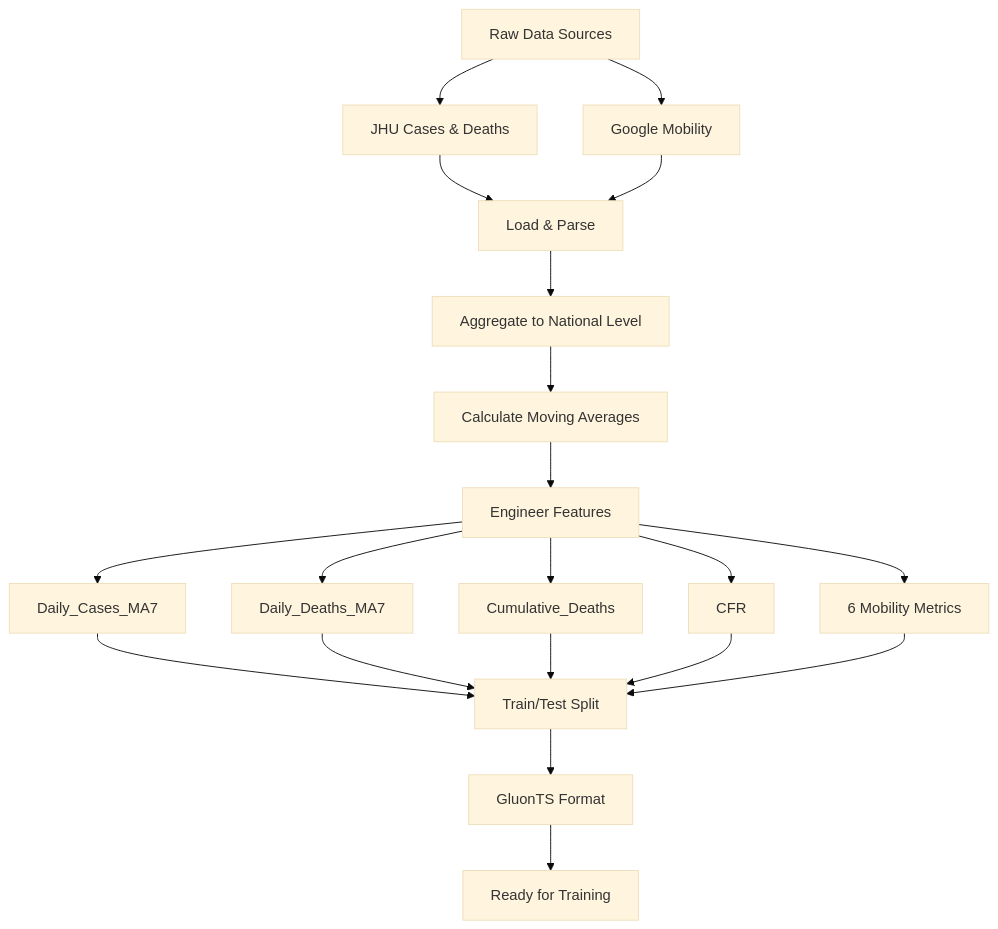
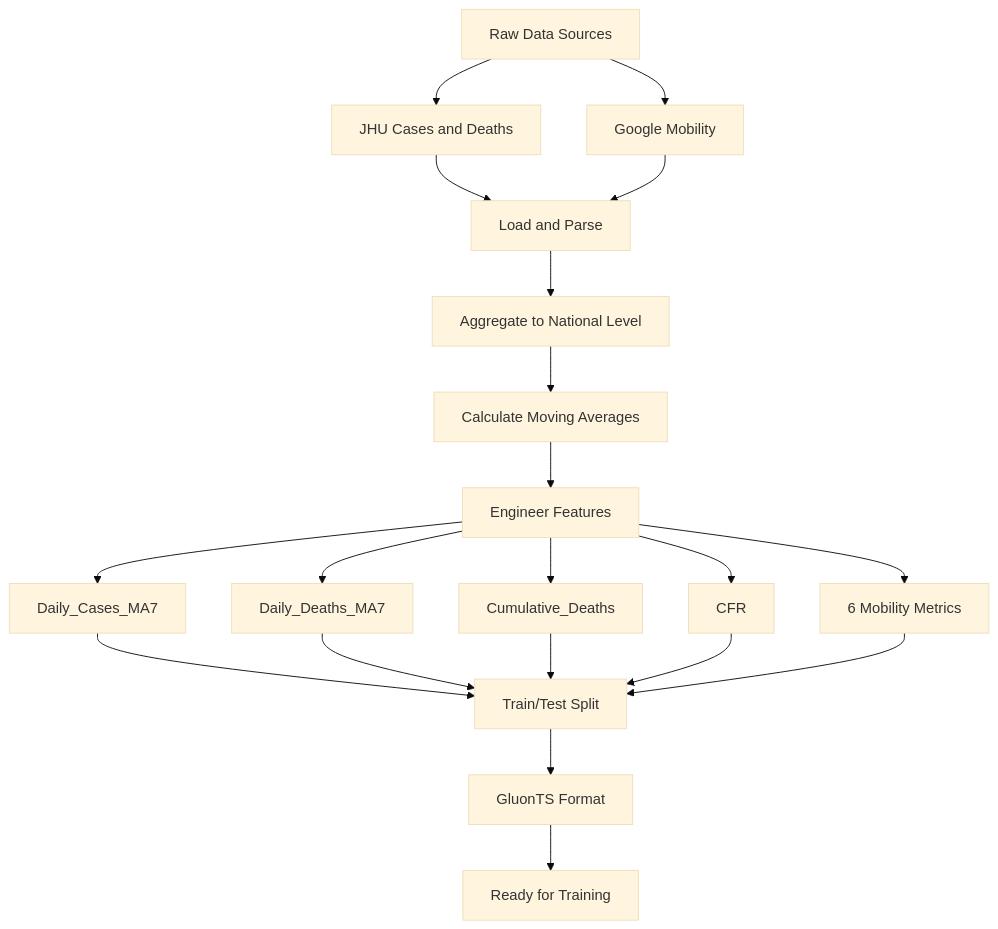
The diagram in tutorials/GluonTS_COVID19_Prediction/README.md (gpsaggese-org/umd_classes), drawn with Mermaid (base theme) before and after one commit. The commit also changed other lines of this file and 28 other files, not shown here.

````diff
--- a/tutorials/GluonTS_COVID19_Prediction/README.md
+++ b/tutorials/GluonTS_COVID19_Prediction/README.md
@@ -178,27 +168,27 @@
 ```mermaid
 flowchart TB
-    A[Raw Data Sources] --> B[JHU Cases & Deaths]
+    A[Raw Data Sources] --> B[JHU Cases and Deaths]
     A --> C[Google Mobility]
 
-    B --> E[Load & Parse]
+    B --> E[Load and Parse]
     C --> E
 
     E --> G[Aggregate to National Level]
     G --> H[Calculate Moving Averages]
     H --> I[Engineer Features]
 
     I --> J[Daily_Cases_MA7]
     I --> K[Daily_Deaths_MA7]
     I --> L[Cumulative_Deaths]
     I --> M[CFR]
     I --> N[6 Mobility Metrics]
 
     J --> O[Train/Test Split]
     K --> O
     L --> O
     M --> O
     N --> O
 
     O --> P[GluonTS Format]
     P --> Q[Ready for Training]
 ```
````
